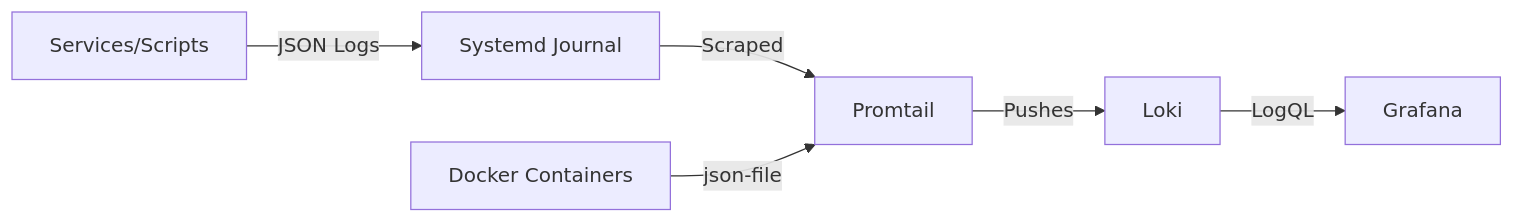
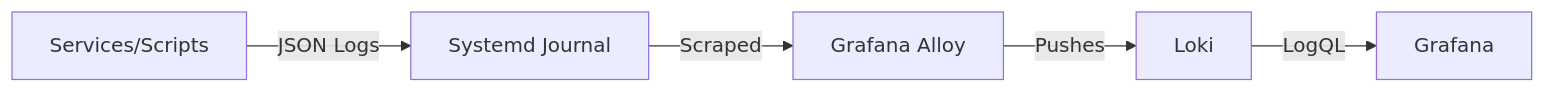
Before and after one commit to victoriacheng15/observability-hub: the diagram in docs/architecture/core-concepts/observability.md, drawn with Mermaid. The commit also changed other lines of this file and 9 other files, not shown here.

Commit message:
docs(k3s): finalize architectural transition and update project principles (#130)

````diff
--- a/docs/architecture/core-concepts/observability.md
+++ b/docs/architecture/core-concepts/observability.md
@@ -7,8 +7,7 @@
 ```mermaid
 graph LR
     Apps[Services/Scripts] -->|JSON Logs| Journal[Systemd Journal]
-    Journal -->|Scraped| Promtail[Promtail]
-    Docker[Docker Containers] -->|json-file| Promtail
-    Promtail -->|Pushes| Loki[Loki]
+    Journal -->|Scraped| Alloy[Grafana Alloy]
+    Alloy -->|Pushes| Loki[Loki]
     Loki -->|LogQL| Grafana[Grafana]
 ```
````
